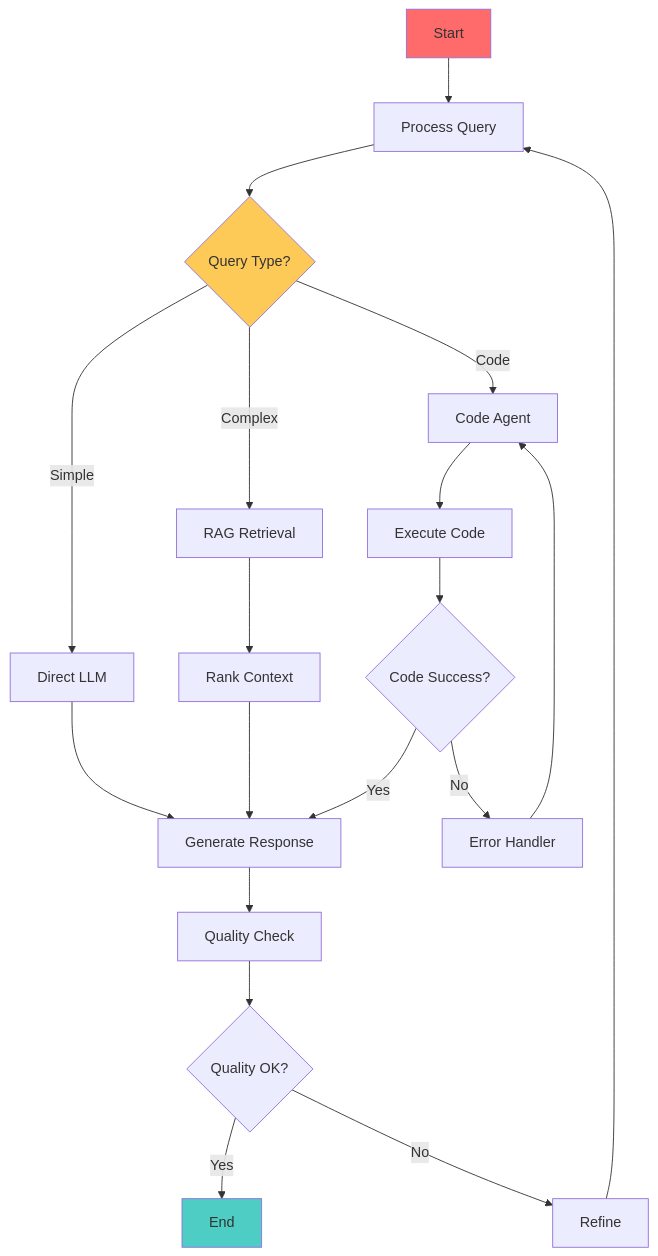
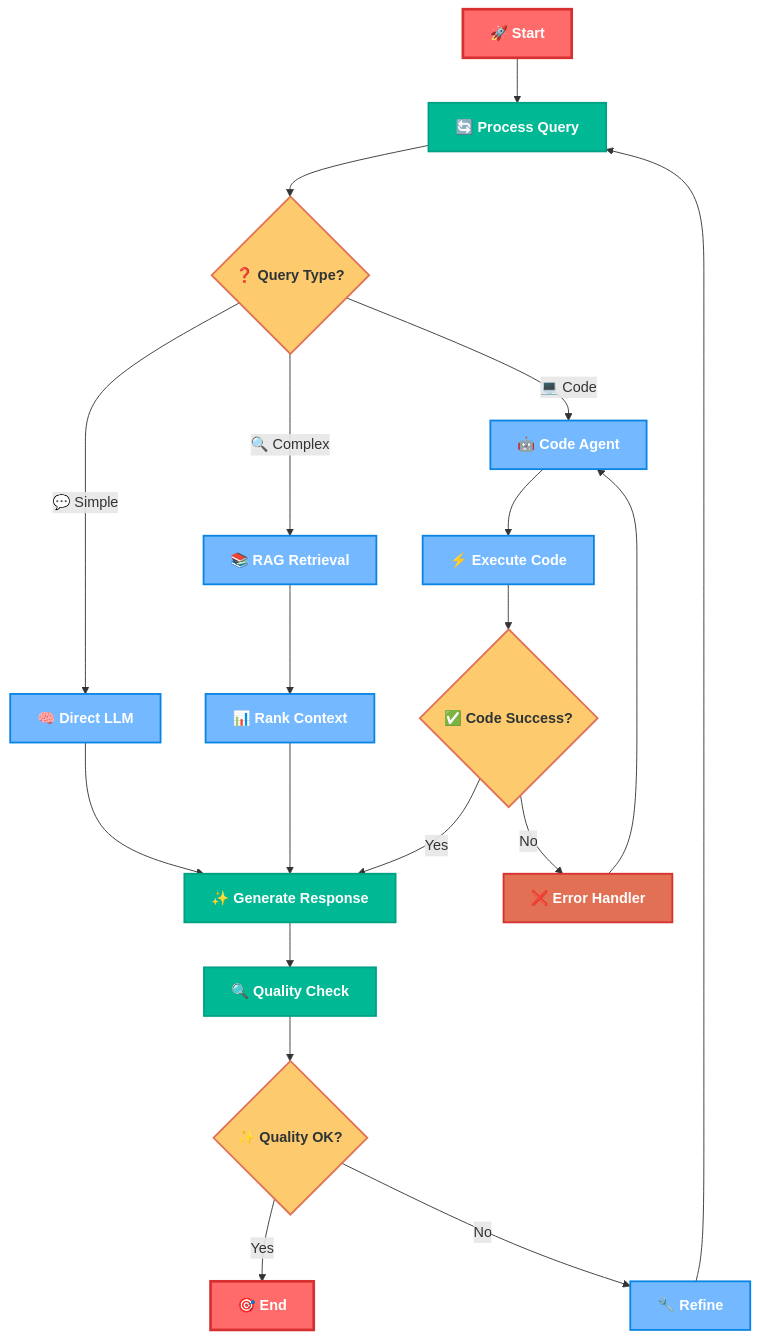
One commit to MicrosoftStudentChapter/Tech-Resources changed the second of 10 diagrams in AI resources.md. Above: the diagram before and after it, drawn with Mermaid. The commit also changed other lines of this file, not shown here.

````diff
--- a/AI resources.md
+++ b/AI resources.md
@@ -212,28 +238,39 @@
 ```mermaid
 graph TD
-    A[Start] --> B[Process Query]
-    B --> C{Query Type?}
-    C -->|Simple| D[Direct LLM]
-    C -->|Complex| E[RAG Retrieval]
-    C -->|Code| F[Code Agent]
+    A[🚀 Start] --> B[🔄 Process Query]
+    B --> C{❓ Query Type?}
+    C -->|💬 Simple| D[🧠 Direct LLM]
+    C -->|🔍 Complex| E[📚 RAG Retrieval]
+    C -->|💻 Code| F[🤖 Code Agent]
     
-    D --> G[Generate Response]
-    E --> H[Rank Context]
-    F --> I[Execute Code]
+    D --> G[✨ Generate Response]
+    E --> H[📊 Rank Context]
+    F --> I[⚡ Execute Code]
     
     H --> G
-    I --> J{Code Success?}
+    I --> J{✅ Code Success?}
     J -->|Yes| G
-    J -->|No| K[Error Handler]
+    J -->|No| K[❌ Error Handler]
     K --> F
     
-    G --> L[Quality Check]
-    L --> M{Quality OK?}
-    M -->|Yes| N[End]
-    M -->|No| O[Refine]
+    G --> L[🔍 Quality Check]
+    L --> M{✨ Quality OK?}
+    M -->|Yes| N[🎯 End]
+    M -->|No| O[🔧 Refine]
     O --> B
     
-    style A fill:#ff6b6b
-    style N fill:#4ecdc4
-    style C fill:#feca57
+    %% Enhanced styling
+    classDef startEnd fill:#ff6b6b,stroke:#d63031,stroke-width:3px,color:#fff,font-weight:bold
+    classDef process fill:#00b894,stroke:#00a085,stroke-width:2px,color:#fff,font-weight:bold
+    classDef decision fill:#fdcb6e,stroke:#e17055,stroke-width:2px,color:#2d3436,font-weight:bold
+    classDef action fill:#74b9ff,stroke:#0984e3,stroke-width:2px,color:#fff,font-weight:bold
+    classDef error fill:#e17055,stroke:#d63031,stroke-width:2px,color:#fff,font-weight:bold
+    classDef success fill:#00b894,stroke:#00a085,stroke-width:3px,color:#fff,font-weight:bold
+    
+    %% Apply classes
+    class A,N startEnd
+    class B,G,L process
+    class C,J,M decision
+    class D,E,F,H,I,O action
+    class K error
 ```
````
